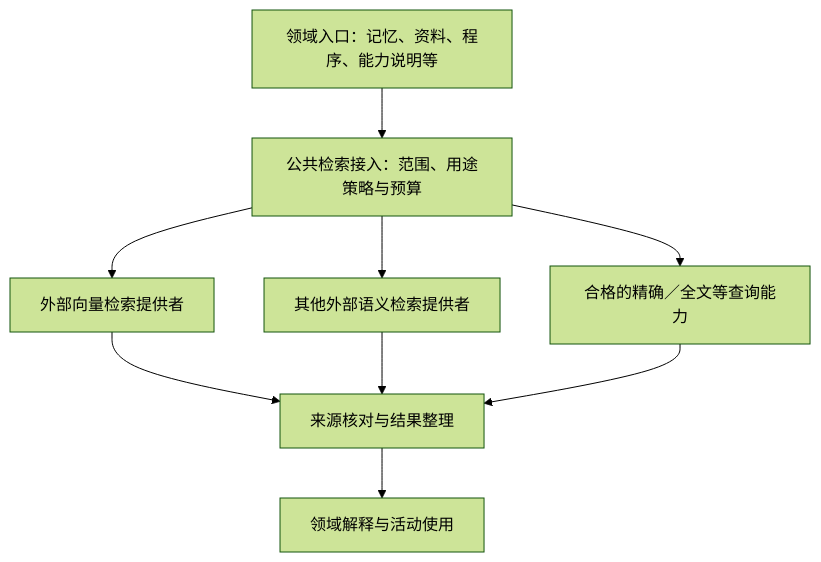
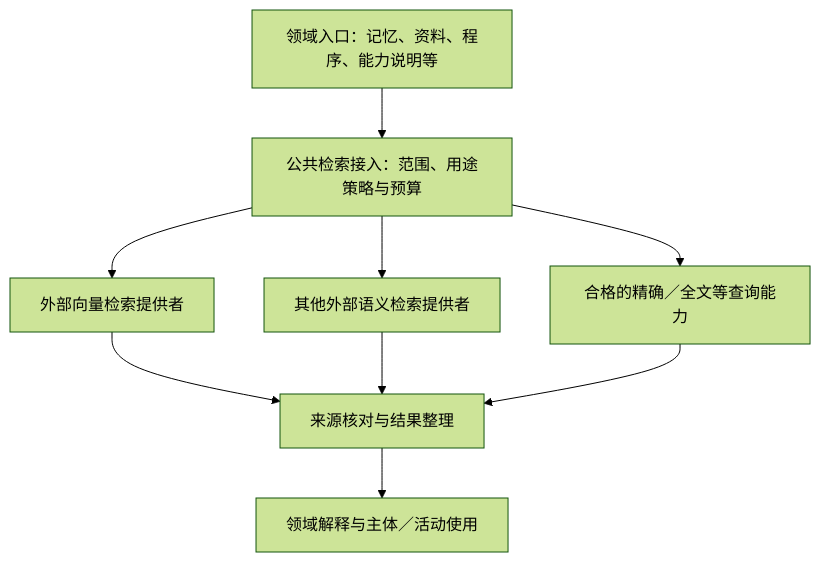
The first of 2 diagrams in docs/runtime-protocol.md (d7z-project/TinyAGI), drawn with Mermaid (forest theme) before and after one commit. The commit also changed other lines of this file and 15 other files, not shown here.

````diff
--- a/docs/runtime-protocol.md
+++ b/docs/runtime-protocol.md
@@ -98,11 +98,11 @@
 ```mermaid
 flowchart TB
     Domains["领域入口：记忆、资料、程序、能力说明等"] --> Access["公共检索接入：范围、用途策略与预算"]
     Access --> Vector["外部向量检索提供者"]
     Access --> Semantic["其他外部语义检索提供者"]
     Access --> Exact["合格的精确／全文等查询能力"]
     Vector --> Results["来源核对与结果整理"]
     Semantic --> Results
     Exact --> Results
-    Results --> Usage["领域解释与活动使用"]
+    Results --> Usage["领域解释与主体／活动使用"]
 ```
````
